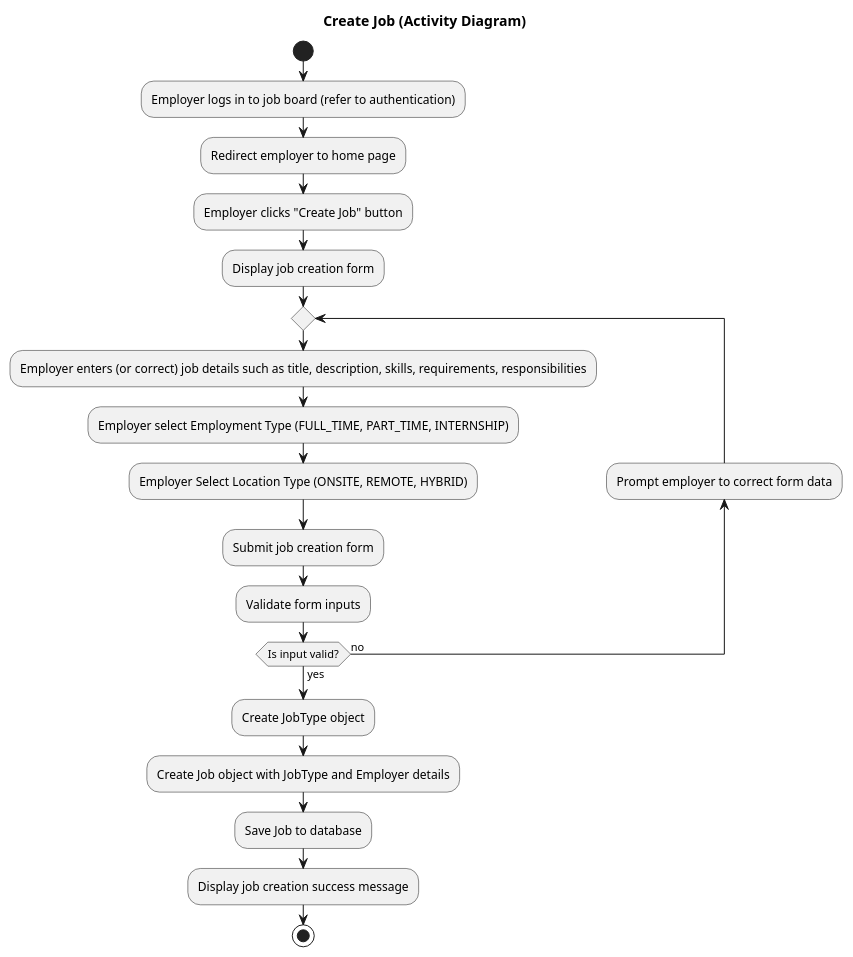
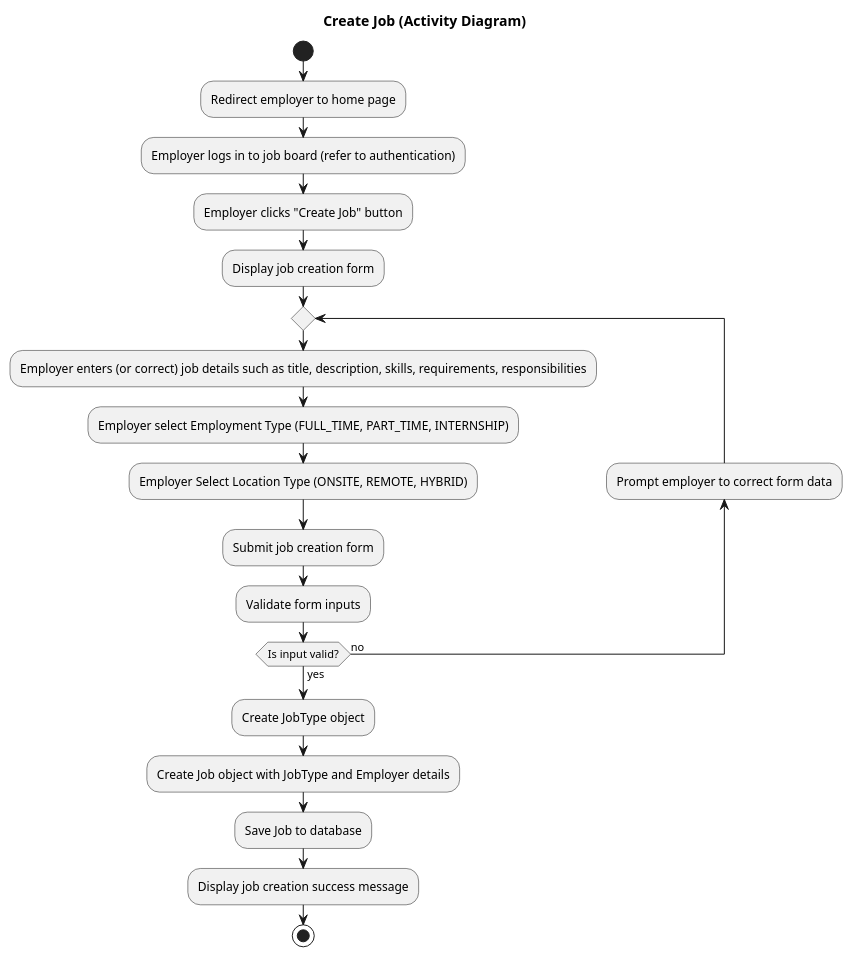
The diagram in CalPolyJobs/src/main/java/org/calpoly/jobs/activity_create_job.puml (khaino/CS5800SE), drawn with PlantUML before and after one commit. The commit also changed 3 other files, not shown here.

```diff
--- a/CalPolyJobs/src/main/java/org/calpoly/jobs/activity_create_job.puml
+++ b/CalPolyJobs/src/main/java/org/calpoly/jobs/activity_create_job.puml
@@ -1,29 +1,29 @@
 @startuml
 'https://plantuml.com/activity-diagram-beta
 
 title Create Job (Activity Diagram)
 
 start
-    :Employer logs in to job board (refer to authentication);
-    :Redirect employer to home page;
-    :Employer clicks "Create Job" button;
-    :Display job creation form;
-    repeat
-        :Employer enters (or correct) job details such as title, description, skills, requirements, responsibilities;
-        :Employer select Employment Type (FULL_TIME, PART_TIME, INTERNSHIP);
-        :Employer Select Location Type (ONSITE, REMOTE, HYBRID);
+:Redirect employer to home page;
+:Employer logs in to job board (refer to authentication);
+:Employer clicks "Create Job" button;
+:Display job creation form;
+repeat
+   :Employer enters (or correct) job details such as title, description, skills, requirements, responsibilities;
+   :Employer select Employment Type (FULL_TIME, PART_TIME, INTERNSHIP);
+   :Employer Select Location Type (ONSITE, REMOTE, HYBRID);
 
-        :Submit job creation form;
-        :Validate form inputs;
+   :Submit job creation form;
+   :Validate form inputs;
 
-        backward:Prompt employer to correct form data;
-    repeat while (Is input valid?) is (no) not (yes)
+   backward:Prompt employer to correct form data;
+repeat while (Is input valid?) is (no) not (yes)
 
-    :Create JobType object;
-    :Create Job object with JobType and Employer details;
-    :Save Job to database;
-    :Display job creation success message;
+:Create JobType object;
+:Create Job object with JobType and Employer details;
+:Save Job to database;
+:Display job creation success message;
 stop
 
 
 @enduml
```
